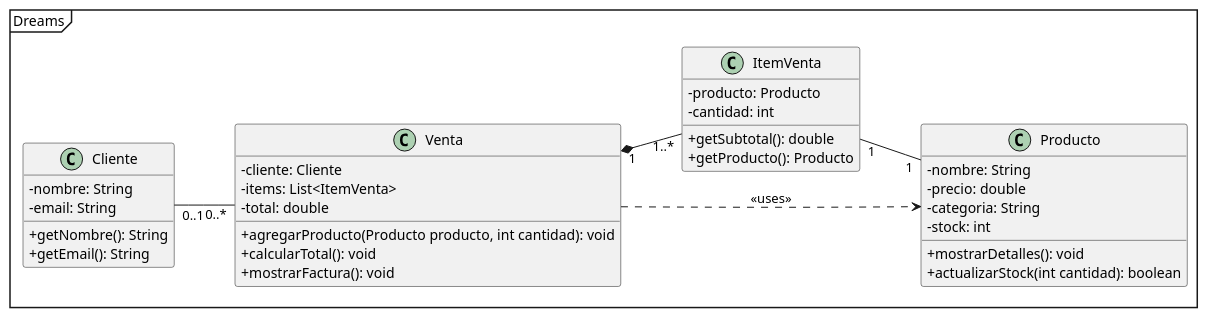
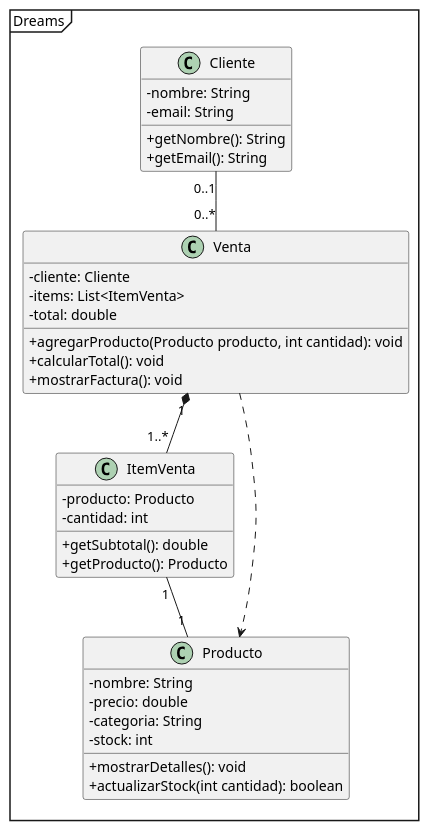
The diagram in docs/diagrams/src/dreams.wsd (jefecame/dreams), drawn with PlantUML before and after one commit.

```diff
--- a/docs/diagrams/src/dreams.wsd
+++ b/docs/diagrams/src/dreams.wsd
@@ -1,44 +1,44 @@
 @startuml dreams
-left to right direction
+'left to right direction
 skinparam classAttributeIconSize 0
 
 Mainframe Dreams
 
 class Cliente {
   - nombre: String
   - email: String
   + getNombre(): String
   + getEmail(): String
 }
 
 class Venta {
   - cliente: Cliente
   - items: List<ItemVenta>
   - total: double
   + agregarProducto(Producto producto, int cantidad): void
   + calcularTotal(): void
   + mostrarFactura(): void
 }
 
 class ItemVenta {
   - producto: Producto
   - cantidad: int
   + getSubtotal(): double
   + getProducto(): Producto
 }
 
 class Producto {
   - nombre: String
   - precio: double
   - categoria: String
   - stock: int
   + mostrarDetalles(): void
   + actualizarStock(int cantidad): boolean
 }
 
 Cliente "0..1" -- "0..*" Venta
 Venta "1" *-- "1..*" ItemVenta
 ItemVenta "1" -- "1" Producto
-Venta ..> Producto : <<uses>>
+Venta ..> Producto
 
 @enduml
```
